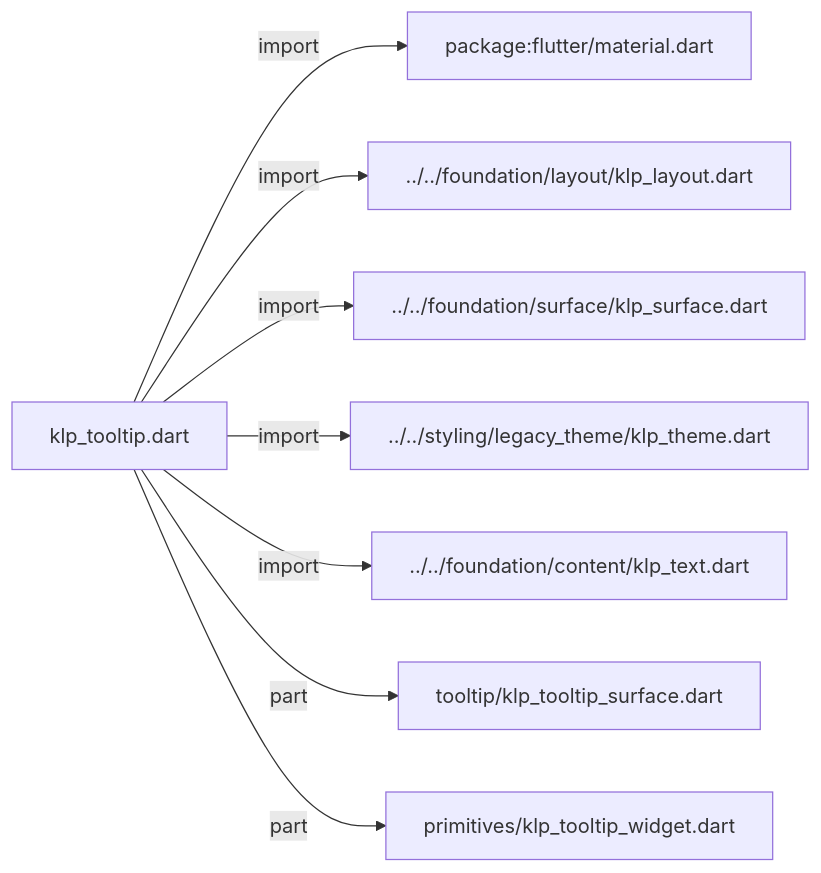
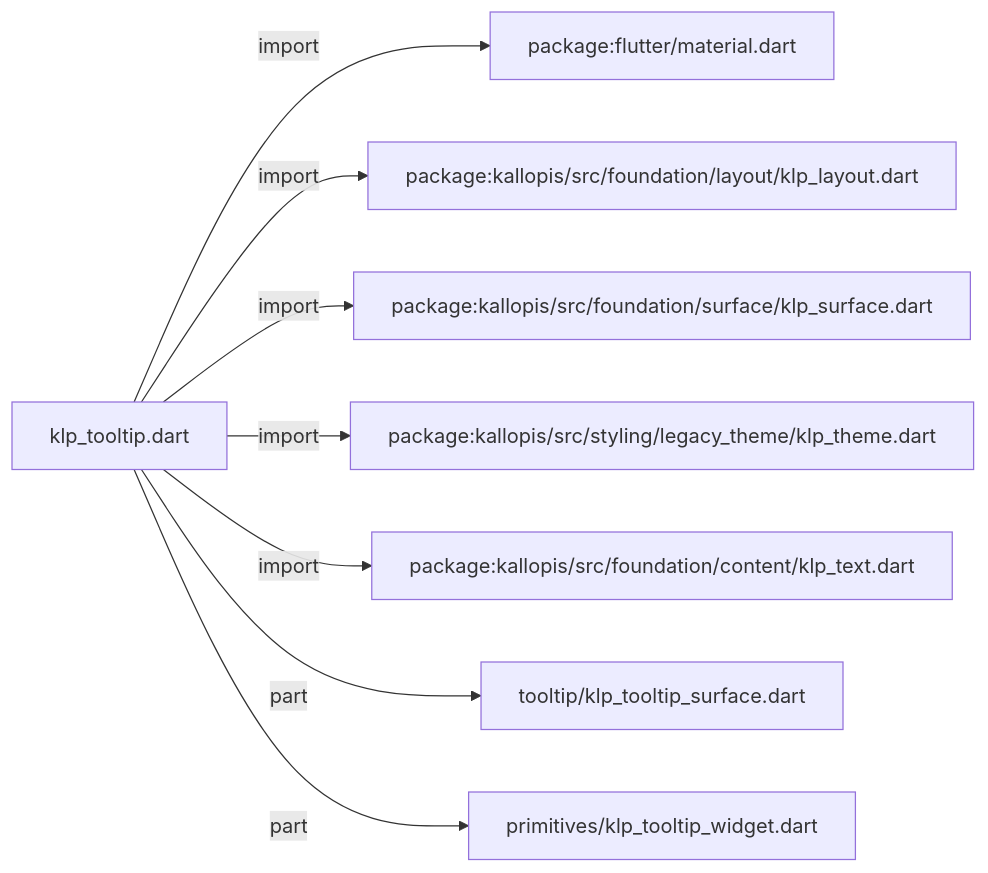
The diagram in docs/architecture/src/features/overlays/klp_tooltip.md (MiuDog/Kallopis), drawn with Mermaid before and after one commit. The commit also changed other lines of this file and 9688 other files, not shown here.

Commit message:
Prepare isolated Flow F2 peer baseline

````diff
--- a/docs/architecture/src/features/overlays/klp_tooltip.md
+++ b/docs/architecture/src/features/overlays/klp_tooltip.md
@@ -11,18 +11,18 @@
 ```mermaid
 flowchart LR
 	n0["klp_tooltip.dart"]
 	n1["package:flutter/material.dart"]
-	n2["../../foundation/layout/klp_layout.dart"]
-	n3["../../foundation/surface/klp_surface.dart"]
-	n4["../../styling/legacy_theme/klp_theme.dart"]
-	n5["../../foundation/content/klp_text.dart"]
+	n2["package:kallopis/src/foundation/layout/klp_layout.dart"]
+	n3["package:kallopis/src/foundation/surface/klp_surface.dart"]
+	n4["package:kallopis/src/styling/legacy_theme/klp_theme.dart"]
+	n5["package:kallopis/src/foundation/content/klp_text.dart"]
 	n6["tooltip/klp_tooltip_surface.dart"]
 	n7["primitives/klp_tooltip_widget.dart"]
 	n0 -->|"import"| n1
 	n0 -->|"import"| n2
 	n0 -->|"import"| n3
 	n0 -->|"import"| n4
 	n0 -->|"import"| n5
 	n0 -->|"part"| n6
 	n0 -->|"part"| n7
 ```
````
